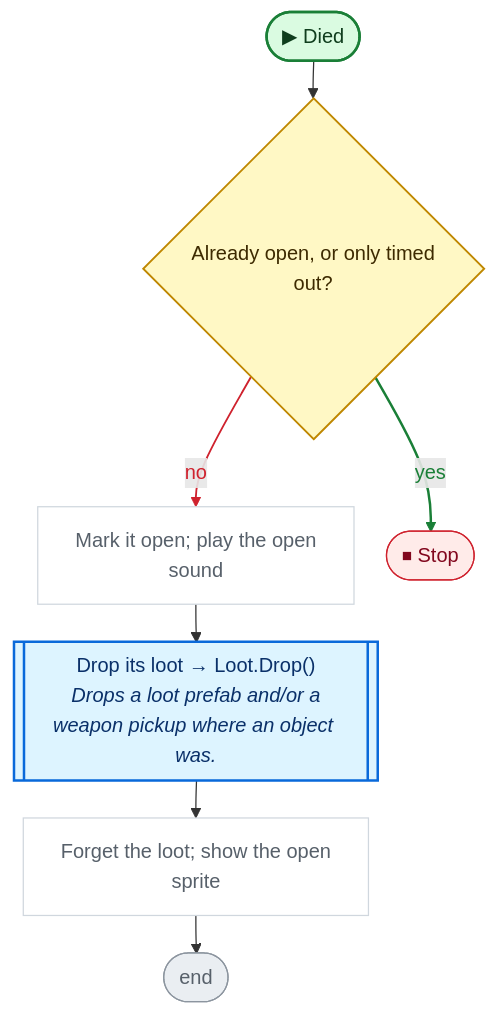
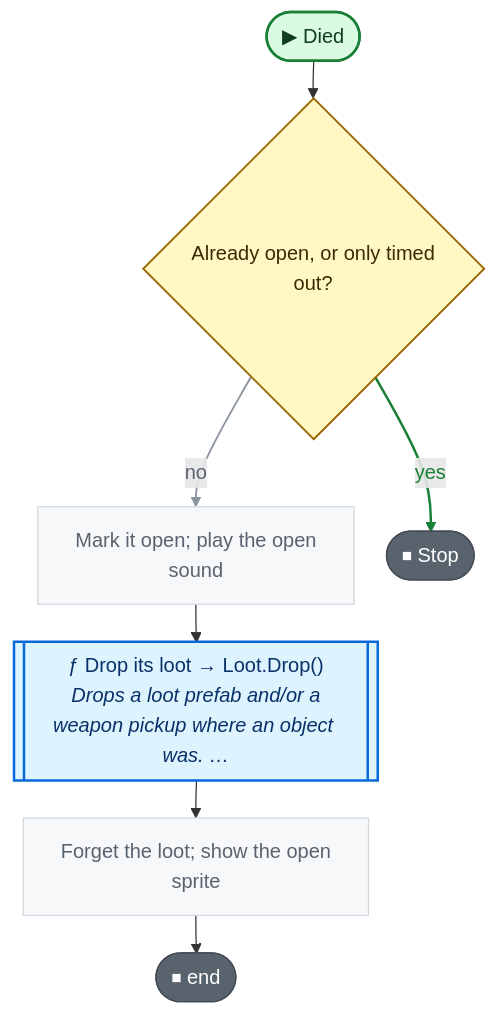
The second of 2 diagrams in CodeGraph~/graph/Map/Chest.cs.md (nataiai/Lord-of-the-Dungeon), drawn with Mermaid before and after one commit. The commit also changed other lines of this file and 57 other files, not shown here.

````diff
--- a/CodeGraph~/graph/Map/Chest.cs.md
+++ b/CodeGraph~/graph/Map/Chest.cs.md
@@ -47,45 +49,45 @@
 ```mermaid
 ---
 config:
   flowchart:
     wrappingWidth: 260
     nodeSpacing: 26
     rankSpacing: 30
 ---
 flowchart TD
   nS(["▶ Died"])
   n96f244{"Already open, or only timed<br>out?"}
   nd415d4["Mark it open; play the open<br>sound"]
-  nea5049[["Drop its loot → Loot.Drop()<br><i>Drops a loot prefab and/or a</i><br><i>weapon pickup where an object was.</i>"]]
+  nea5049[["ƒ Drop its loot → Loot.Drop()<br><i>Drops a loot prefab and/or a</i><br><i>weapon pickup where an object was. …</i>"]]
   n286996["Forget the loot; show the open<br>sprite"]
-  nE(["end"])
+  nE(["⏹ end"])
   nb2e4fc(["⏹ Stop"])
   nS --> n96f244
   n96f244 -->|no| nd415d4
   n96f244 -->|yes| nb2e4fc
   nd415d4 --> nea5049
   nea5049 --> n286996
   n286996 --> nE
-  linkStyle 1 stroke:#cf222e,stroke-width:1.5px,color:#cf222e
+  linkStyle 1 stroke:#8c959f,stroke-width:1.5px,color:#59636e
   linkStyle 2 stroke:#1a7f37,stroke-width:2px,color:#1a7f37
   classDef unity fill:#dafbe1,stroke:#1a7f37,stroke-width:2px,color:#0f3d1d
   classDef start fill:#dafbe1,stroke:#1a7f37,stroke-width:2px,color:#0f3d1d
-  classDef calc fill:#ffffff,stroke:#d0d7de,color:#57606a
+  classDef calc fill:#f6f8fa,stroke:#d1d9e0,color:#59636e
   classDef calls fill:#ddf4ff,stroke:#0969da,stroke-width:2px,color:#0a3069
-  classDef ext fill:#ddf4ff,stroke:#0969da,stroke-width:2px,stroke-dasharray:5 3,color:#0a3069
-  classDef cond fill:#fff8c5,stroke:#bf8700,stroke-width:1.5px,color:#3d2a00
-  classDef loop fill:#f6f8fa,stroke:#57606a,color:#1f2328
-  classDef exit fill:#ffebe9,stroke:#cf222e,color:#82071e
+  classDef ext fill:#f6f8fa,stroke:#59636e,stroke-width:1.5px,stroke-dasharray:5 5,color:#1f2328
+  classDef cond fill:#fff8c5,stroke:#9a6700,stroke-width:1.5px,color:#3d2a00
+  classDef loop fill:#fff8c5,stroke:#9a6700,color:#3d2a00
+  classDef wait fill:#fff8c5,stroke:#9a6700,color:#3d2a00
+  classDef exit fill:#59636e,stroke:#424a53,color:#ffffff
+  classDef fin fill:#59636e,stroke:#424a53,color:#ffffff
+  classDef act fill:#ffffff,stroke:#59636e,stroke-width:1.5px,color:#1f2328
   classDef kill fill:#ffebe9,stroke:#cf222e,stroke-width:2px,color:#82071e
-  classDef spawn fill:#dafbe1,stroke:#1a7f37,stroke-width:2px,color:#0f3d1d
-  classDef wait fill:#fff1e5,stroke:#bc4c00,color:#4d1d00
-  classDef fin fill:#eaeef2,stroke:#8c959f,color:#57606a
   classDef join fill:#d0d7de,stroke:#8c959f,color:#57606a
   classDef ghdr fill:#f5f9ff,stroke:#f5f9ff,color:#0a3069,font-weight:bold
   class nd415d4,n286996 calc
   class nea5049 calls
   class n96f244 cond
   class nb2e4fc exit
   class nE fin
   class nS start
 ```
````
